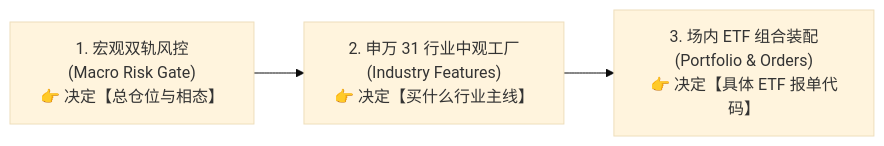
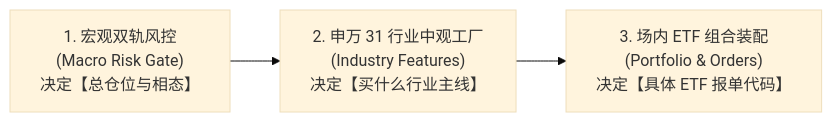
One commit to aidenreed937/stock changed the diagram in .agents/skills/daily-market-review/SKILL.md. Above: the diagram before and after it, drawn with Mermaid (base theme). The commit also changed other lines of this file and 2 other files, not shown here.

````diff
--- a/.agents/skills/daily-market-review/SKILL.md
+++ b/.agents/skills/daily-market-review/SKILL.md
@@ -14,5 +14,5 @@
 ```mermaid
 flowchart LR
-    S1["1. 宏观双轨风控<br>(Macro Risk Gate)<br>👉 决定【总仓位与相态】"] --> S2["2. 申万 31 行业中观工厂<br>(Industry Features)<br>👉 决定【买什么行业主线】"]
-    S2 --> S3["3. 场内 ETF 组合装配<br>(Portfolio & Orders)<br>👉 决定【具体 ETF 报单代码】"]
+    S1["1. 宏观双轨风控<br>(Macro Risk Gate)<br>决定【总仓位与相态】"] --> S2["2. 申万 31 行业中观工厂<br>(Industry Features)<br>决定【买什么行业主线】"]
+    S2 --> S3["3. 场内 ETF 组合装配<br>(Portfolio & Orders)<br>决定【具体 ETF 报单代码】"]
 ```
````
